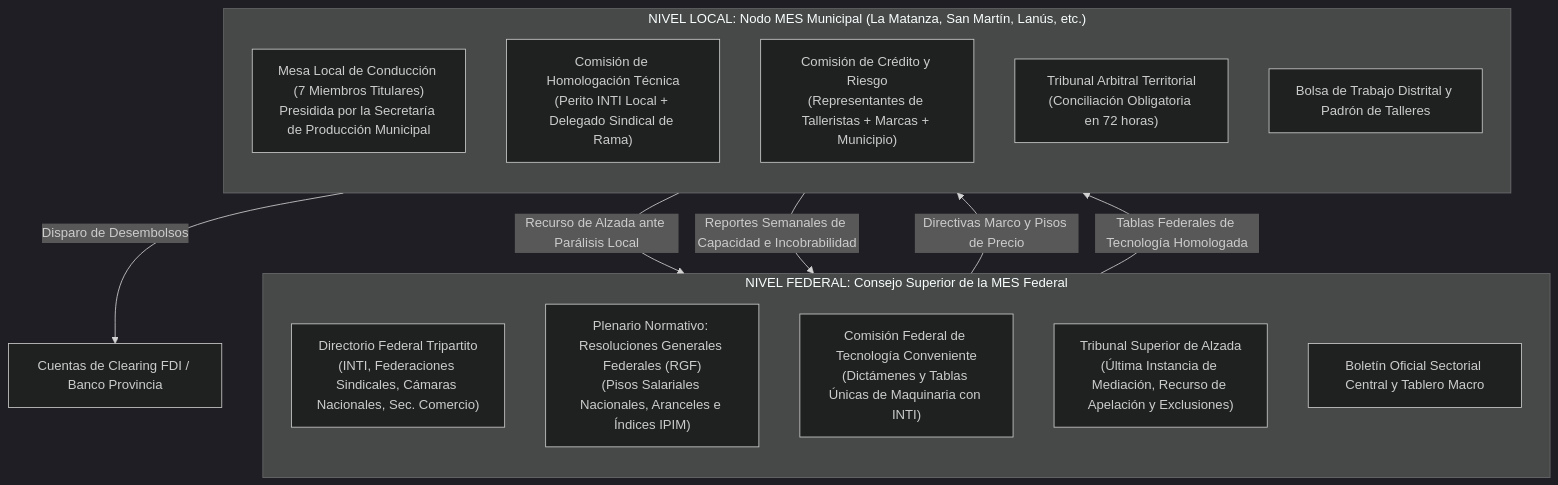
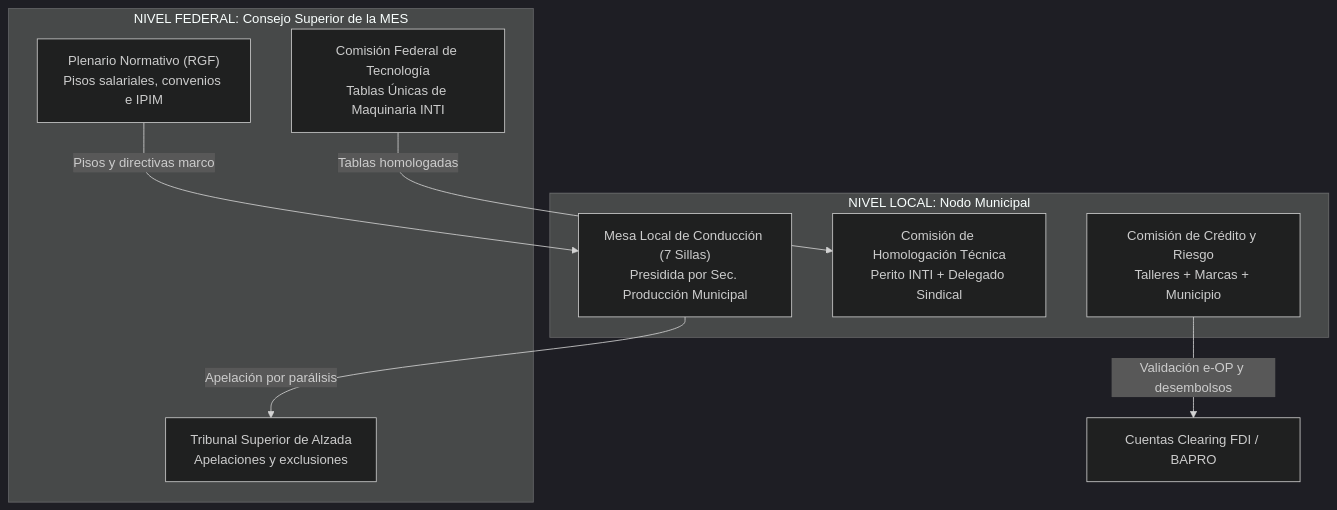
One commit to sarthouse/indinopy changed the first of 5 diagrams in docs/md/arquitectura_mes_gobernanza.md. Above: the diagram before and after it, drawn with Mermaid (dark theme). The commit also changed other lines of this file and 16 other files, not shown here.

````diff
--- a/docs/md/arquitectura_mes_gobernanza.md
+++ b/docs/md/arquitectura_mes_gobernanza.md
@@ -23,26 +23,19 @@
 ```mermaid
 flowchart TD
-    subgraph FED["NIVEL FEDERAL: Consejo Superior de la MES Federal"]
-        direction TB
-        CS_DIR["Directorio Federal Tripartito\n(INTI, Federaciones Sindicales, Cámaras Nacionales, Sec. Comercio)"]
-        CS_NORM["Plenario Normativo: Resoluciones Generales Federales (RGF)\n(Pisos Salariales Nacionales, Aranceles e Índices IPIM)"]
-        CS_TECH["Comisión Federal de Tecnología Conveniente\n(Dictámenes y Tablas Únicas de Maquinaria con INTI)"]
-        CS_ALZ["Tribunal Superior de Alzada\n(Última Instancia de Mediación, Recurso de Apelación y Exclusiones)"]
-        CS_BOL["Boletín Oficial Sectorial Central y Tablero Macro"]
+    subgraph FED["NIVEL FEDERAL: Consejo Superior de la MES"]
+        CS_NORM["Plenario Normativo (RGF)<br/>Pisos salariales, convenios e IPIM"]
+        CS_TECH["Comisión Federal de Tecnología<br/>Tablas Únicas de Maquinaria INTI"]
+        CS_ALZ["Tribunal Superior de Alzada<br/>Apelaciones y exclusiones"]
     end
 
-    subgraph LOC["NIVEL LOCAL: Nodo MES Municipal (La Matanza, San Martín, Lanús, etc.)"]
-        direction TB
-        LM_MESA["Mesa Local de Conducción (7 Miembros Titulares)\nPresidida por la Secretaría de Producción Municipal"]
-        LM_TEC["Comisión de Homologación Técnica\n(Perito INTI Local + Delegado Sindical de Rama)"]
-        LM_CRE["Comisión de Crédito y Riesgo\n(Representantes de Talleristas + Marcas + Municipio)"]
-        LM_ARB["Tribunal Arbitral Territorial\n(Conciliación Obligatoria en 72 horas)"]
-        LM_BOL["Bolsa de Trabajo Distrital y Padrón de Talleres"]
+    subgraph LOC["NIVEL LOCAL: Nodo Municipal"]
+        LM_MESA["Mesa Local de Conducción (7 Sillas)<br/>Presidida por Sec. Producción Municipal"]
+        LM_TEC["Comisión de Homologación Técnica<br/>Perito INTI + Delegado Sindical"]
+        LM_CRE["Comisión de Crédito y Riesgo<br/>Talleres + Marcas + Municipio"]
     end
 
-    CS_NORM -->|Directivas Marco y Pisos de Precio| LM_MESA
-    CS_TECH -->|Tablas Federales de Tecnología Homologada| LM_TEC
-    LM_MESA -->|Recurso de Alzada ante Parálisis Local| CS_ALZ
-    LM_MESA -->|Reportes Semanales de Capacidad e Incobrabilidad| CS_BOL
-    LM_CRE -->|Disparo de Desembolsos| FDI_LOC["Cuentas de Clearing FDI / Banco Provincia"]
+    CS_NORM -->|Pisos y directivas marco| LM_MESA
+    CS_TECH -->|Tablas homologadas| LM_TEC
+    LM_MESA -->|Apelación por parálisis| CS_ALZ
+    LM_CRE -->|Validación e-OP y desembolsos| FDI_LOC["Cuentas Clearing FDI / BAPRO"]
 ```
````
